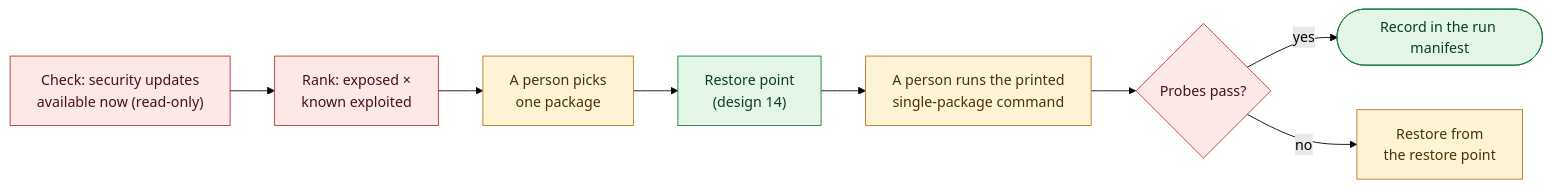
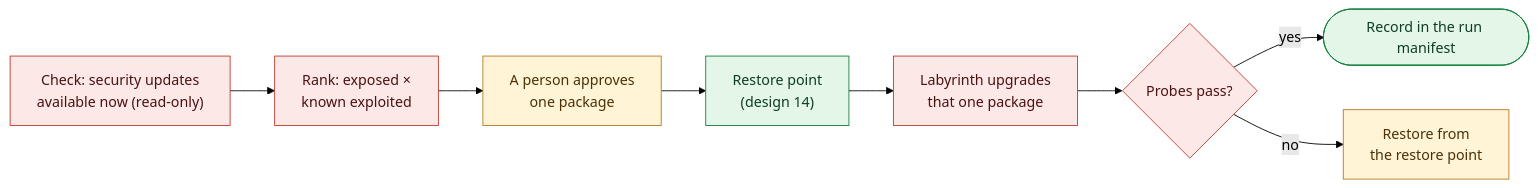
One commit to dotnetdork/Labyrinth changed the diagram in docs/design/15-Patching-and-Service-Reduction.md. Above: the diagram before and after it, drawn with Mermaid (forest theme). The commit also changed other lines of this file and 15 other files, not shown here.

````diff
--- a/docs/design/15-Patching-and-Service-Reduction.md
+++ b/docs/design/15-Patching-and-Service-Reduction.md
@@ -77,18 +77,19 @@
 ```mermaid
 flowchart LR
     CK["Check: security updates<br/>available now (read-only)"] --> RK["Rank: exposed ×<br/>known exploited"]
-    RK --> PK["A person picks<br/>one package"]
+    RK --> PK["A person approves<br/>one package"]
     PK --> BK["Restore point<br/>(design 14)"]
-    BK --> RUN["A person runs the printed<br/>single-package command"]
+    BK --> RUN["Labyrinth upgrades<br/>that one package"]
     RUN --> VF{"Probes pass?"}
     VF -->|yes| OK(["Record in the run manifest"])
     VF -->|no| RS["Restore from<br/>the restore point"]
     classDef lockout fill:#fde8e8,stroke:#c0392b,color:#4a1111
     classDef human fill:#fff4d6,stroke:#b7791f,color:#4a3108
     classDef sustain fill:#e3f6e8,stroke:#15803d,color:#0f3d20
     classDef ok fill:#e3f6e8,stroke:#15803d,color:#0f3d20
     class CK,RK,VF lockout
-    class PK,RUN,RS human
+    class PK,RS human
+    class RUN lockout
     class BK sustain
     class OK ok
 ```
````
